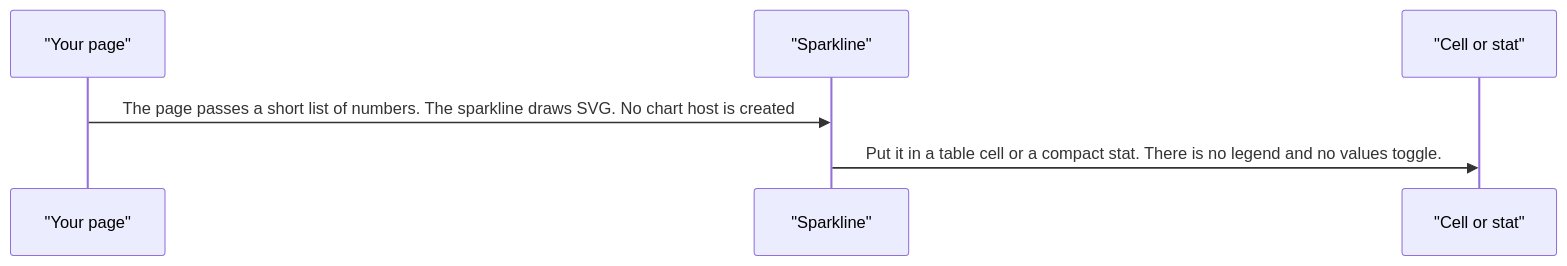
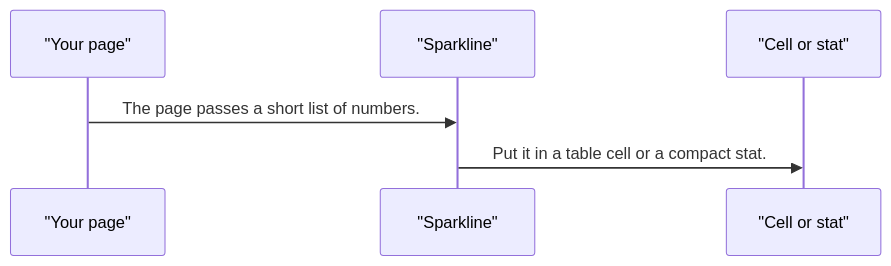
Before and after one commit to RajshekharBorate/pixel-ui: the second of 3 diagrams in projects/pixel-ui/src/lib/pixel-chart-sparkline/DESIGN.md, drawn with Mermaid. The commit also changed other lines of this file and 80 other files, not shown here.

Commit message:
Fill missing design flows and correct the stories that did not match component behavior.

````diff
--- a/projects/pixel-ui/src/lib/pixel-chart-sparkline/DESIGN.md
+++ b/projects/pixel-ui/src/lib/pixel-chart-sparkline/DESIGN.md
@@ -43,8 +43,8 @@
 ```mermaid
 sequenceDiagram
   participant page as "Your page"
   participant plot as "Sparkline"
   participant cell as "Cell or stat"
-  page->>plot: The page passes a short list of numbers. The sparkline draws SVG. No chart host is created
-  plot->>cell: Put it in a table cell or a compact stat. There is no legend and no values toggle.
+  page->>plot: The page passes a short list of numbers.
+  plot->>cell: Put it in a table cell or a compact stat.
 ```
````
